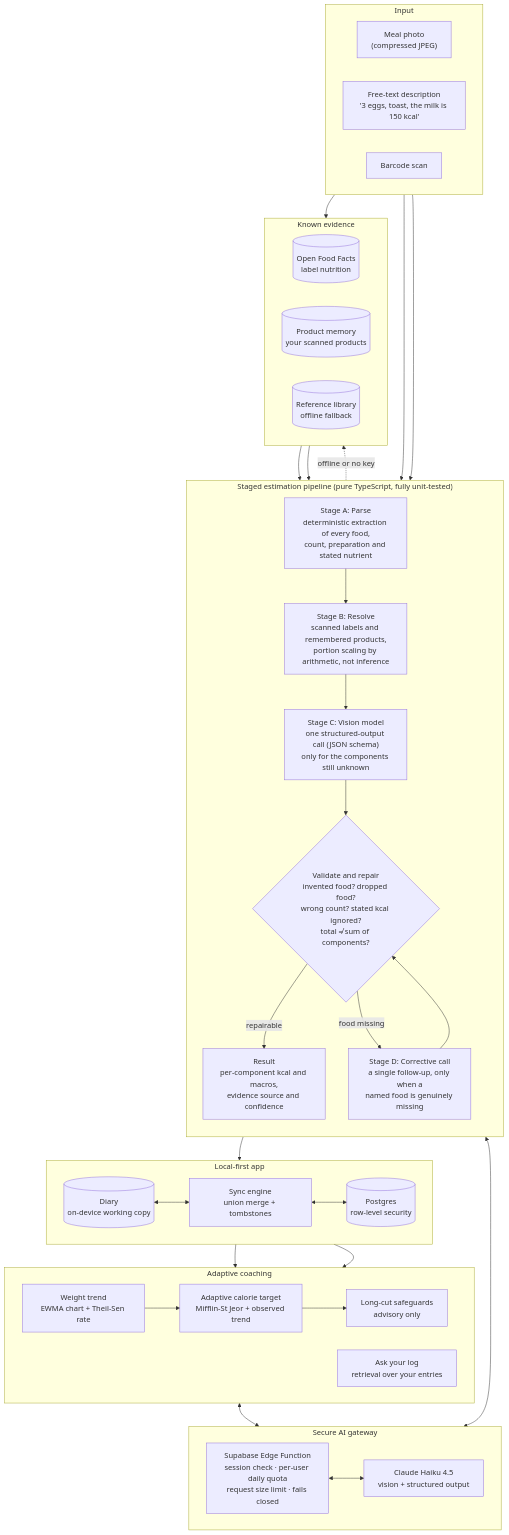
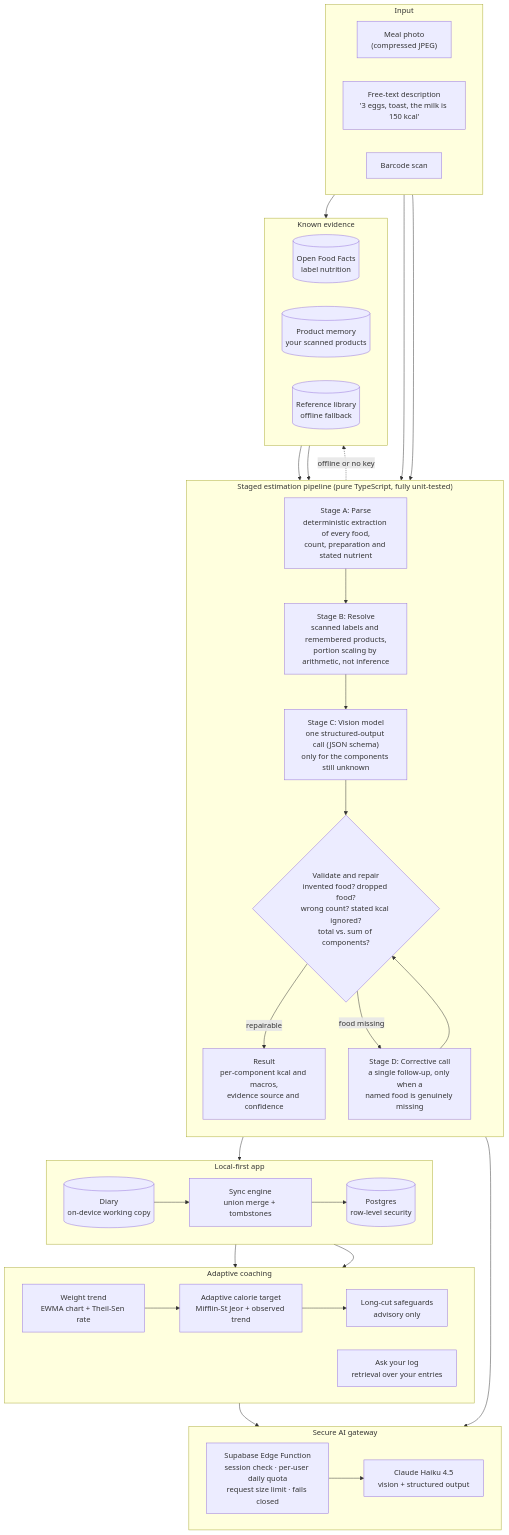
The diagram in README.md (gabercmatej/AI-calorie-tracker-app), drawn with Mermaid before and after one commit.

Commit message:
docs: conservative diagram syntax

````diff
--- a/README.md
+++ b/README.md
@@ -49,65 +49,65 @@
 ```mermaid
 flowchart TB
   subgraph INPUT["Input"]
     direction LR
     PH["Meal photo<br/>(compressed JPEG)"]
     TX["Free-text description<br/>'3 eggs, toast, the milk is 150 kcal'"]
     BC["Barcode scan"]
   end
 
   subgraph PIPE["Staged estimation pipeline (pure TypeScript, fully unit-tested)"]
     direction TB
     A["Stage A: Parse<br/>deterministic extraction of every food,<br/>count, preparation and stated nutrient"]
     B["Stage B: Resolve<br/>scanned labels and remembered products,<br/>portion scaling by arithmetic, not inference"]
     C["Stage C: Vision model<br/>one structured-output call (JSON schema)<br/>only for the components still unknown"]
-    V{"Validate and repair<br/>invented food? dropped food?<br/>wrong count? stated kcal ignored?<br/>total ≠ sum of components?"}
+    V{"Validate and repair<br/>invented food? dropped food?<br/>wrong count? stated kcal ignored?<br/>total vs. sum of components?"}
     D["Stage D: Corrective call<br/>a single follow-up, only when a<br/>named food is genuinely missing"]
     R["Result<br/>per-component kcal and macros,<br/>evidence source and confidence"]
     A --> B --> C --> V
     V -->|repairable| R
     V -->|food missing| D --> V
   end
 
   subgraph KNOW["Known evidence"]
     direction LR
     OFF[("Open Food Facts<br/>label nutrition")]
     MEM[("Product memory<br/>your scanned products")]
     LIB[("Reference library<br/>offline fallback")]
   end
 
   subgraph CLOUD["Secure AI gateway"]
     direction LR
     EDGE["Supabase Edge Function<br/>session check · per-user daily quota<br/>request size limit · fails closed"]
     LLM["Claude Haiku 4.5<br/>vision + structured output"]
-    EDGE <--> LLM
+    EDGE --> LLM
   end
 
   subgraph APP["Local-first app"]
     direction LR
     DIARY[("Diary<br/>on-device working copy")]
     SYNC["Sync engine<br/>union merge + tombstones"]
     DB[("Postgres<br/>row-level security")]
-    DIARY <--> SYNC <--> DB
+    DIARY --> SYNC --> DB
   end
 
   subgraph COACH["Adaptive coaching"]
     direction LR
     TREND["Weight trend<br/>EWMA chart + Theil-Sen rate"]
     PLAN["Adaptive calorie target<br/>Mifflin-St Jeor + observed trend"]
     SAFE["Long-cut safeguards<br/>advisory only"]
     ASK["Ask your log<br/>retrieval over your entries"]
     TREND --> PLAN --> SAFE
   end
 
   PH --> A
   TX --> A
   BC --> OFF
   OFF --> B
   MEM --> B
-  C <--> EDGE
+  C --> EDGE
   C -.->|offline or no key| LIB
   R --> DIARY
   DIARY --> TREND
   DIARY --> ASK
-  ASK <--> EDGE
+  ASK --> EDGE
 ```
````
